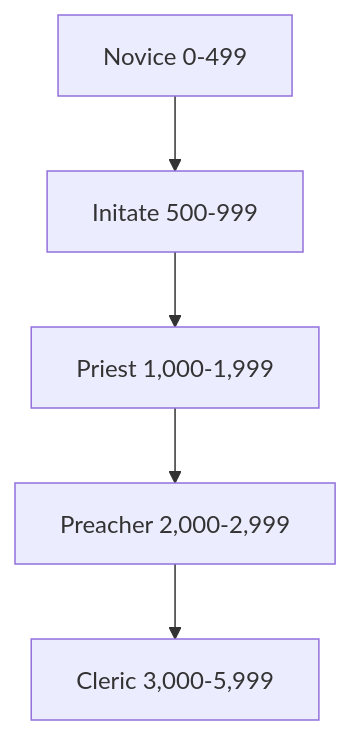
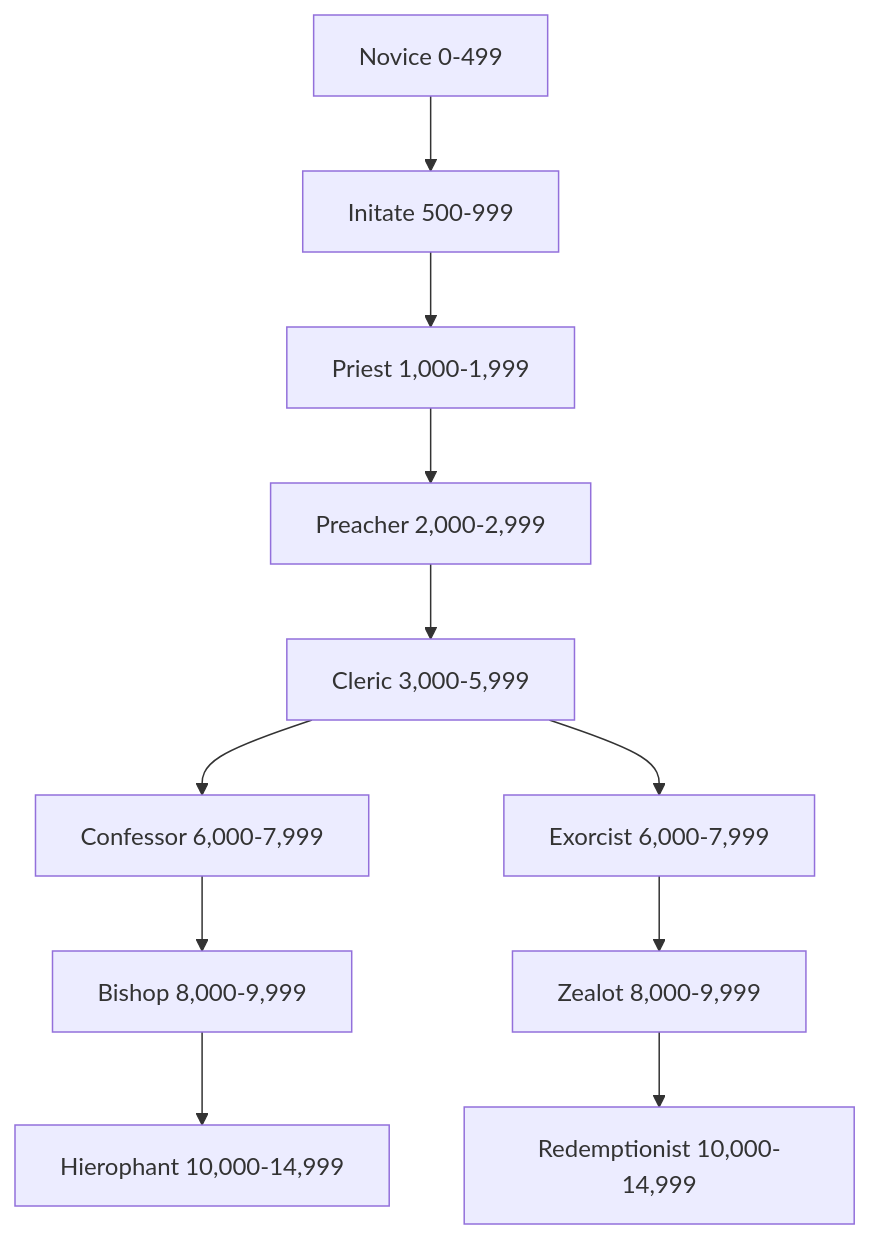
The diagram in Cleric.md (zyzyx159/Rule-books), drawn with Mermaid before and after one commit.

Commit message:
vault backup: 2025-07-22 02:13:43

````diff
--- a/Cleric.md
+++ b/Cleric.md
@@ -30,7 +30,13 @@
 ```mermaid
 graph TD
 A[Novice 0-499] --> B[Initate 500-999]
 B --> C[Priest 1,000-1,999]
 C --> D[Preacher 2,000-2,999]
 D --> E[Cleric 3,000-5,999]
+E --> F[Confessor 6,000-7,999]
+F --> G[Bishop 8,000-9,999]
+G --> H[Hierophant 10,000-14,999]
+E --> I[Exorcist 6,000-7,999]
+I --> J[Zealot 8,000-9,999]
+J --> K[Redemptionist 10,000-14,999]
 ```
````
